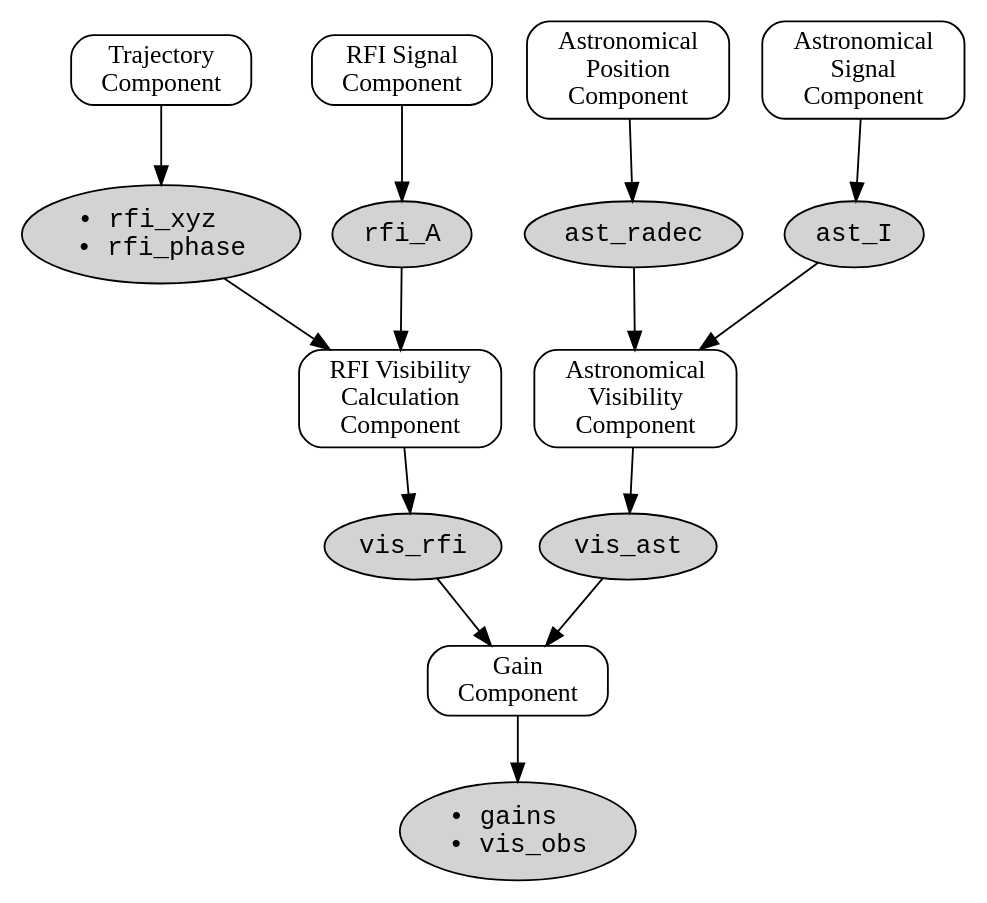
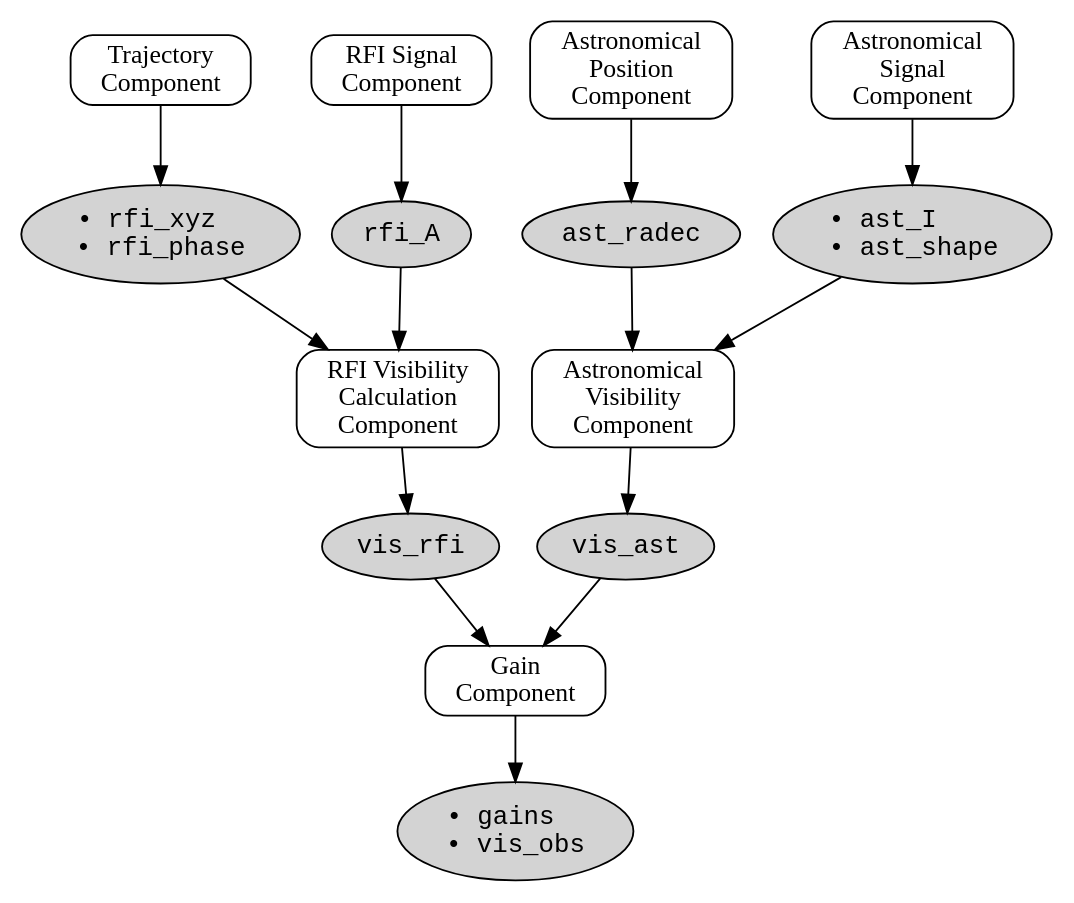
One commit to epfl-radio-astro/tabascal changed the diagram in docs/components.rst. Above: the diagram before and after it, drawn with Graphviz. The commit also changed other lines of this file and 8 other files, not shown here.

```diff
--- a/docs/components.rst
+++ b/docs/components.rst
@@ -16,40 +17,40 @@
 .. graphviz::
 
    digraph Components {
        graph [rankdir=TB, fontsize=10];
        node [shape=box, style="rounded,filled", fillcolor=white, fontcolor=black];
        edge [color=black];
 
        // Top-level components
        Traj [label="Trajectory\nComponent", shape=box];
        RFISig [label="RFI Signal\nComponent", shape=box];
        RFIVis [label="RFI Visibility\nCalculation\nComponent", shape=box];
        AstPos [label="Astronomical\nPosition\nComponent", shape=box];
        AstSig [label="Astronomical\nSignal\nComponent", shape=box];
        AstVis [label="Astronomical\nVisibility\nComponent", shape=box];
        Gain [label="Gain\nComponent", shape=box];
 
        // Data nodes
        rfi_xyz [label="• rfi_xyz\l• rfi_phase", shape=ellipse, fillcolor=lightgray, fontname="Courier"];
        rfi_A [label="rfi_A", shape=ellipse, fillcolor=lightgray, fontname="Courier"];
        vis_rfi [label="vis_rfi", shape=ellipse, fillcolor=lightgray, fontname="Courier"];
        ast_radec [label="ast_radec", shape=ellipse, fillcolor=lightgray, fontname="Courier"];
-       ast_I [label="ast_I", shape=ellipse, fillcolor=lightgray, fontname="Courier"];
+       ast_I [label="• ast_I\l• ast_shape\l", shape=ellipse, fillcolor=lightgray, fontname="Courier"];
        vis_ast [label="vis_ast", shape=ellipse, fillcolor=lightgray, fontname="Courier"];
        vis_obs [label="• gains\l• vis_obs", shape=ellipse, fillcolor=lightgray, fontname="Courier"];
 
        // Edges
        Traj -> rfi_xyz;
        RFISig -> rfi_A;
        rfi_xyz -> RFIVis;
        rfi_A -> RFIVis;
        RFIVis -> vis_rfi;
        AstPos -> ast_radec;
        AstSig -> ast_I;
        ast_radec -> AstVis;
        ast_I -> AstVis;
        AstVis -> vis_ast;
        vis_rfi -> Gain;
        vis_ast -> Gain;
        Gain -> vis_obs;
    }
```
